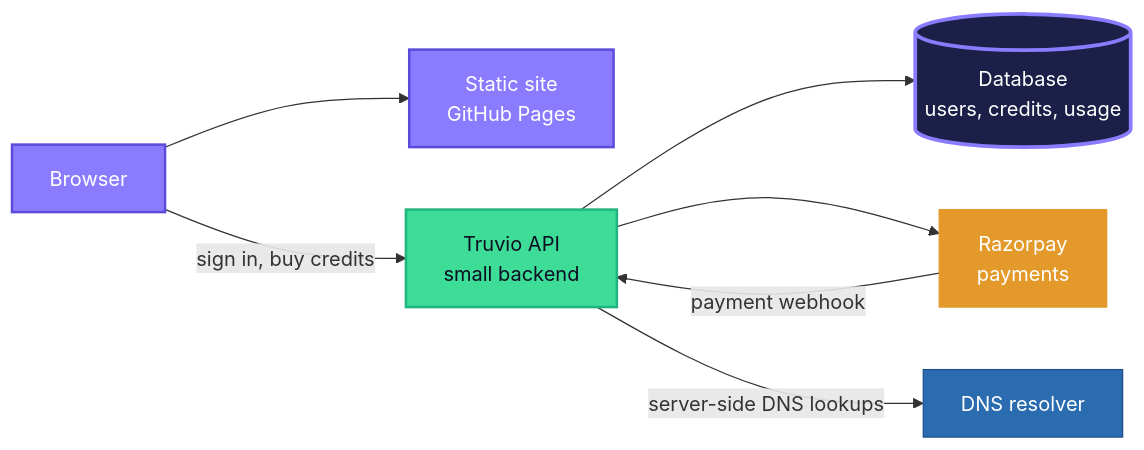
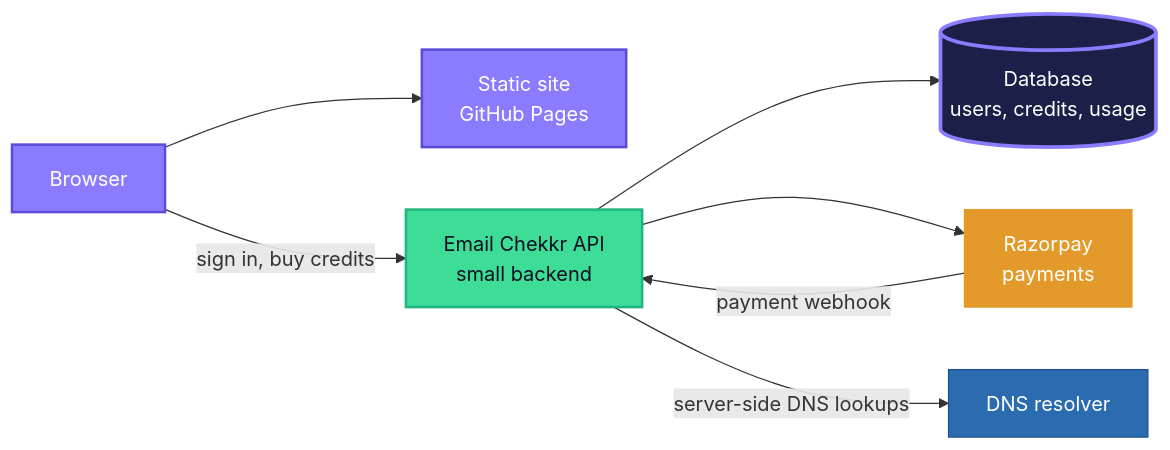
One commit to nexoradev-stack/Email-Chekkr changed the seventh of 7 diagrams in ARCHITECTURE.md. Above: the diagram before and after it, drawn with Mermaid. The commit also changed other lines of this file and 42 other files, not shown here.

First line of the commit message:
Rebrand to Email Chekkr and rebuild the website

````diff
--- a/ARCHITECTURE.md
+++ b/ARCHITECTURE.md
@@ -307,25 +308,25 @@
 ```mermaid
 flowchart LR
   U[Browser] --> S[Static site<br/>GitHub Pages]
-  U -->|sign in, buy credits| API[Truvio API<br/>small backend]
+  U -->|sign in, buy credits| API[Email Chekkr API<br/>small backend]
   API --> DB[(Database<br/>users, credits, usage)]
   API --> RP[Razorpay<br/>payments]
   RP -->|payment webhook| API
   API -->|server-side DNS lookups| DNS[DNS resolver]
   classDef web fill:#8b7cff,stroke:#5b4bdb,color:#ffffff,stroke-width:2px
   classDef api fill:#3ddc97,stroke:#1fb57f,color:#0d0f22,stroke-width:2px
   classDef mcp fill:#f2b544,stroke:#e39a2b,color:#0d0f22,stroke-width:2px
   classDef engine fill:#1c2048,stroke:#8b7cff,color:#ffffff,stroke-width:3px
   classDef dns fill:#2b6cb0,stroke:#1e4e8c,color:#ffffff
   classDef ext fill:#e2e4f0,stroke:#9aa0c8,color:#1b1d3a
   classDef valid fill:#1fb57f,stroke:#1fb57f,color:#ffffff
   classDef risky fill:#e39a2b,stroke:#e39a2b,color:#ffffff
   classDef invalid fill:#dc4a3d,stroke:#dc4a3d,color:#ffffff
   classDef unknown fill:#6b7090,stroke:#6b7090,color:#ffffff
   classDef step fill:#eef0f8,stroke:#8b7cff,color:#1b1d3a
   class U,S web
   class API api
   class DB engine
   class RP risky
   class DNS dns
 ```
````
